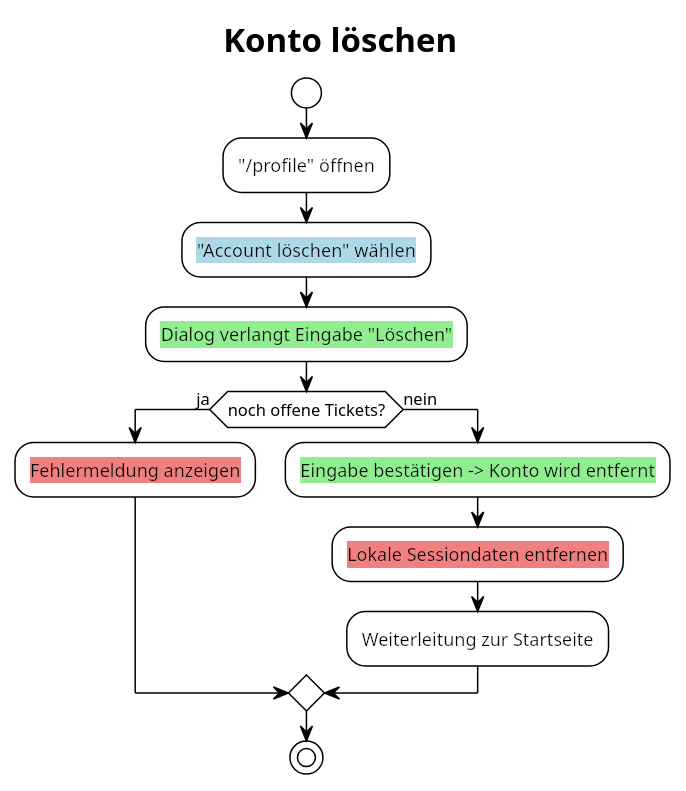
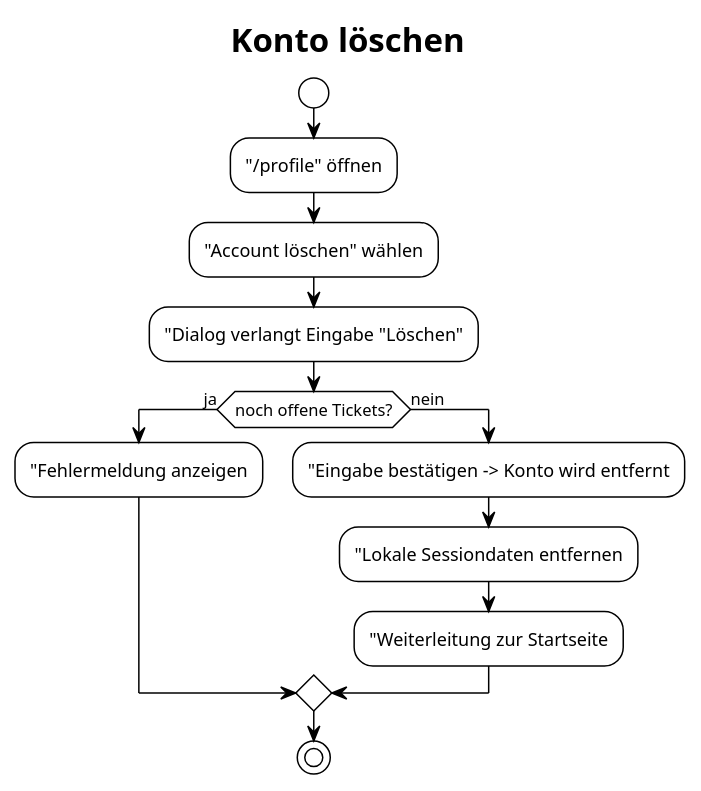
The diagram in diagrams/delete_account.puml (konzjulianprivat/EventimDisabilityIntegration), drawn with PlantUML before and after one commit. The commit also changed 20 other files, not shown here.

```diff
--- a/diagrams/delete_account.puml
+++ b/diagrams/delete_account.puml
@@ -1,20 +1,20 @@
 @startuml
 title Konto löschen
 
 !theme plain
 skinparam linetype ortho
 start
 
-:<back:White>"/profile" öffnen;
-:<back:LightBlue>"Account löschen" wählen;
-:<back:LightGreen>Dialog verlangt Eingabe "Löschen";
+:"/profile" öffnen;
+:"Account löschen" wählen;
+:"Dialog verlangt Eingabe "Löschen";
 if (noch offene Tickets?) then (ja)
-  :<back:LightCoral>Fehlermeldung anzeigen;
+  :"Fehlermeldung anzeigen;
 else (nein)
-  :<back:LightGreen>Eingabe bestätigen -> Konto wird entfernt;
-  :<back:LightCoral>Lokale Sessiondaten entfernen;
-  :<back:White>Weiterleitung zur Startseite;
+  :"Eingabe bestätigen -> Konto wird entfernt;
+  :"Lokale Sessiondaten entfernen;
+  :"Weiterleitung zur Startseite;
 endif
 
 stop
 @enduml
```
